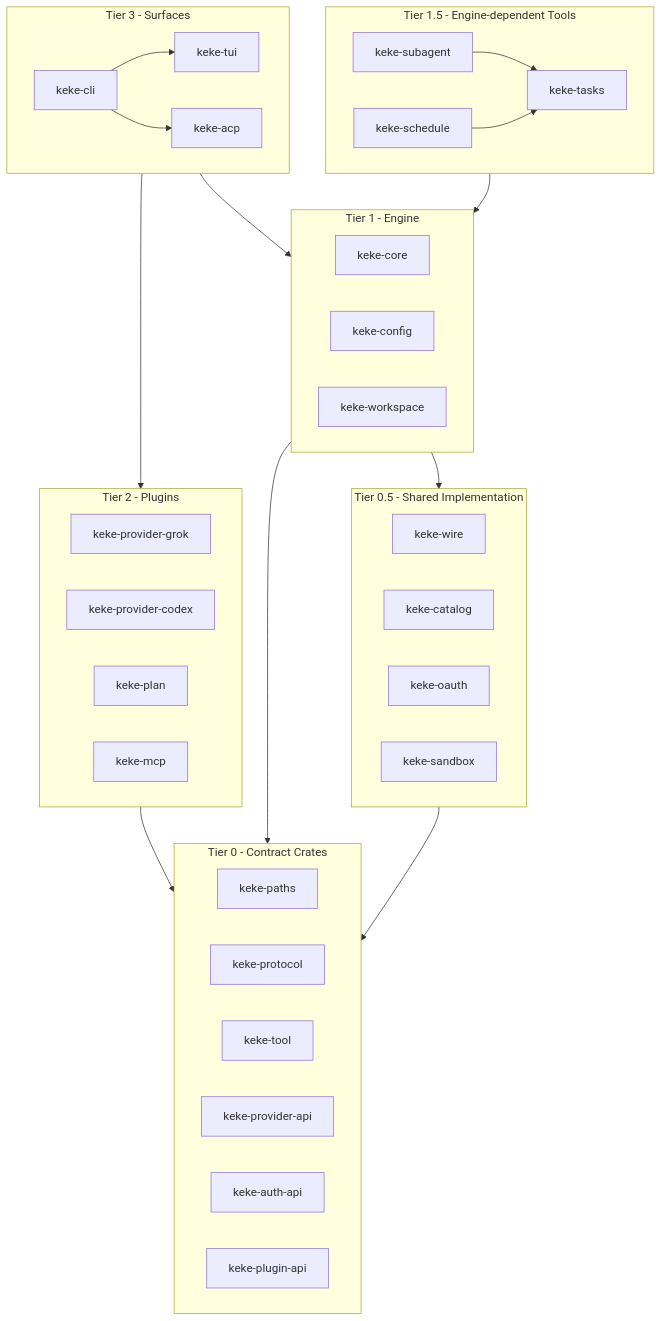
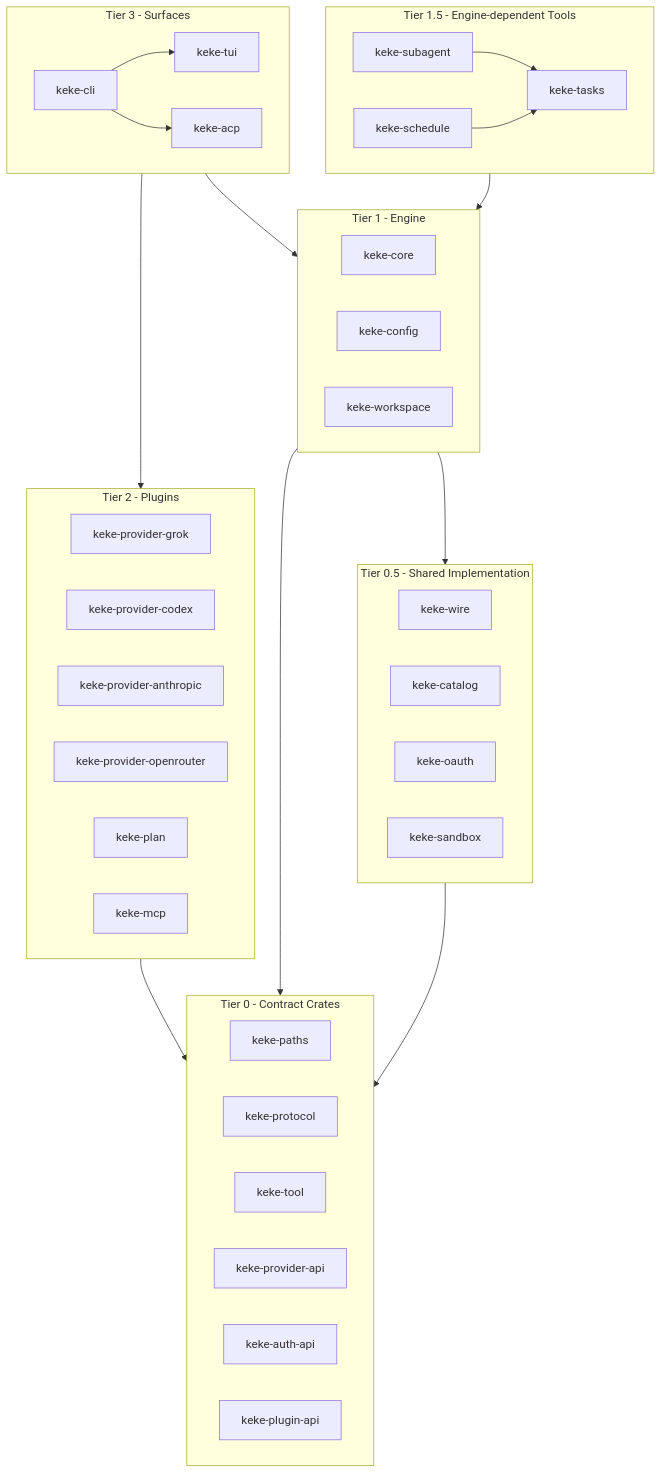
One commit to milisp/keke-agent changed the diagram in docs/architecture.md. Above: the diagram before and after it, drawn with Mermaid. The commit also changed other lines of this file and 18 other files, not shown here.

````diff
--- a/docs/architecture.md
+++ b/docs/architecture.md
@@ -46,49 +46,51 @@
 ```mermaid
 graph TD
     subgraph Tier3["Tier 3 - Surfaces"]
         keke-cli --> keke-tui
         keke-cli --> keke-acp
     end
 
     subgraph Tier2["Tier 2 - Plugins"]
         keke-provider-grok
         keke-provider-codex
+        keke-provider-anthropic
+        keke-provider-openrouter
         keke-plan
         keke-mcp
     end
 
     subgraph Tier1_5["Tier 1.5 - Engine-dependent Tools"]
         keke-subagent --> keke-tasks
         keke-schedule --> keke-tasks
     end
 
     subgraph Tier1["Tier 1 - Engine"]
         keke-core
         keke-config
         keke-workspace
     end
 
     subgraph Tier0_5["Tier 0.5 - Shared Implementation"]
         keke-wire
         keke-catalog
         keke-oauth
         keke-sandbox
     end
 
     subgraph Tier0["Tier 0 - Contract Crates"]
         keke-paths
         keke-protocol
         keke-tool
         keke-provider-api
         keke-auth-api
         keke-plugin-api
     end
 
     Tier3 --> Tier2
     Tier3 --> Tier1
     Tier2 --> Tier0
     Tier1_5 --> Tier1
     Tier1 --> Tier0_5
     Tier1 --> Tier0
     Tier0_5 --> Tier0
 ```
````
